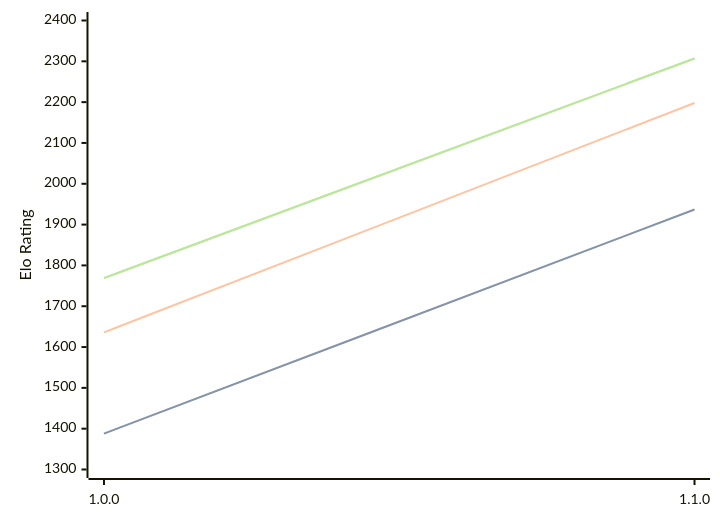
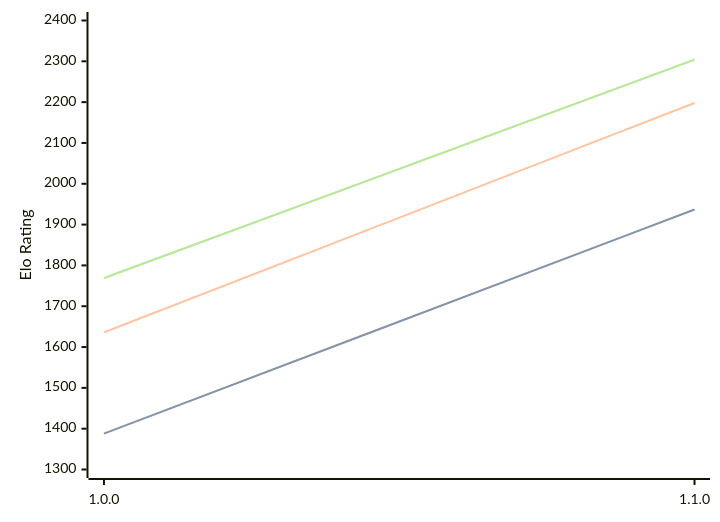
The diagram in engines/Akerbeltz.md (computer-chess-index/cci), drawn with Mermaid before and after one commit. The commit also changed other lines of this file, not shown here.

Commit message:
Update CCI Ratings (ELO VLTC) - 2026-09-15

````diff
--- a/engines/Akerbeltz.md
+++ b/engines/Akerbeltz.md
@@ -32,11 +32,11 @@
 ```mermaid
 %%{init: {"theme":"base","themeVariables":{"seriesColors:['#a3a3a3','#222221','#faa371']}}}%%
 xychart-beta
   x-axis ["1.0.0", "1.1.0"]
   y-axis "Elo Rating" 1300 --> 2400
   line "" [1388, 1937]
   line "STC (8.0+0.08s)" [1388, 1937]
   line "LTC (60.0+0.60s)" [1636, 2198]
-  line "" [1769, 2307]
-  line "VLTC (2m24s+1.12s)" [1769, 2307]
+  line "" [1769, 2304]
+  line "VLTC (2m24s+1.12s)" [1769, 2304]
 ```
````
